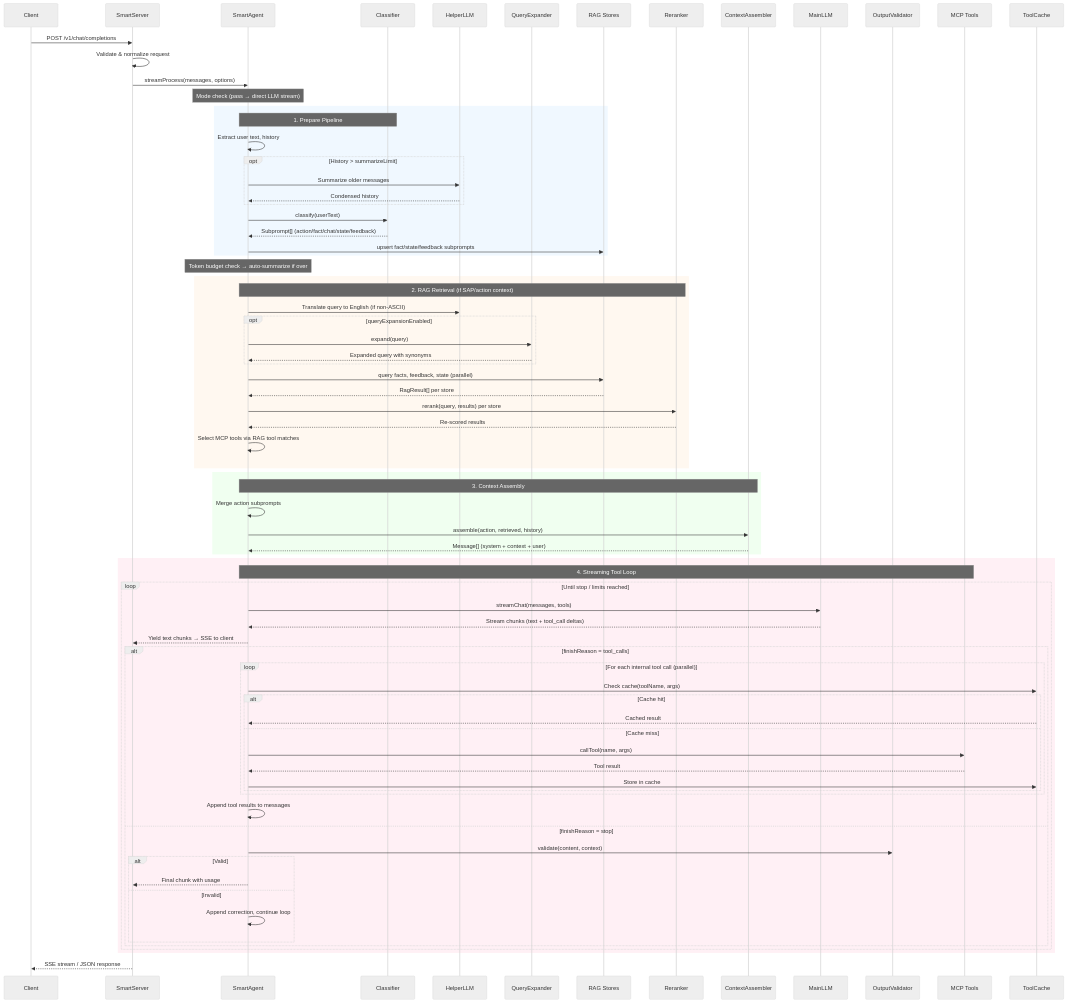
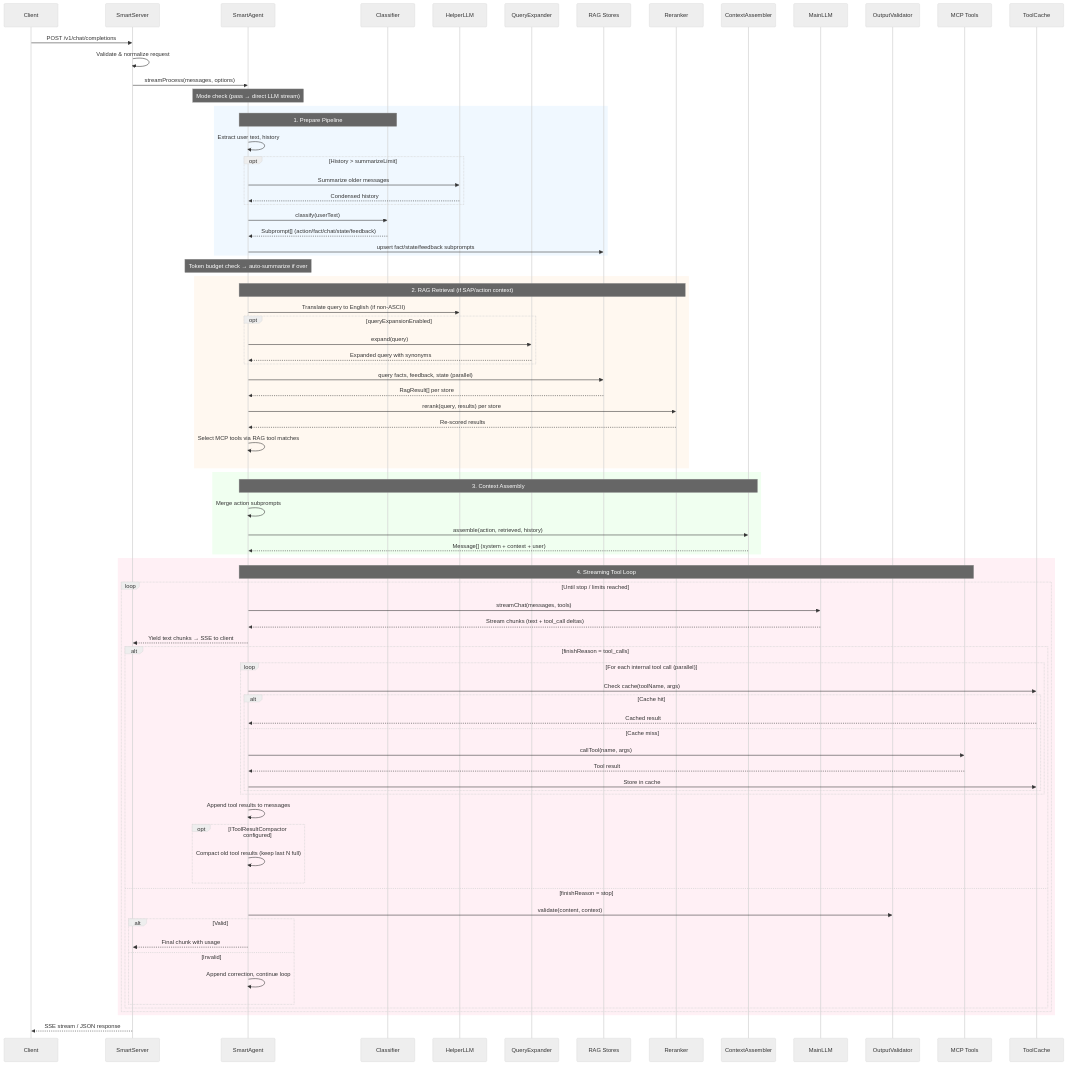
The second of 2 diagrams in docs/ARCHITECTURE.md (fr0ster/llm-agent), drawn with Mermaid (neutral theme) before and after one commit. The commit also changed other lines of this file and 1 other file, not shown here.

Commit message:
docs: add IToolResultCompactor to INTEGRATION.md, ARCHITECTURE.md
- INTEGRATION.md: new section with interface, usage, builder example
- ARCHITECTURE.md: add compaction step to tool-loop diagram, key decision points

```diff
--- a/docs/ARCHITECTURE.md
+++ b/docs/ARCHITECTURE.md
@@ -208,6 +208,9 @@
                     end
                 end
                 SA->>SA: Append tool results to messages
+                opt IToolResultCompactor configured
+                    SA->>SA: Compact old tool results (keep last N full)
+                end
             else finishReason = stop
                 SA->>OV: validate(content, context)
                 alt Valid
```
